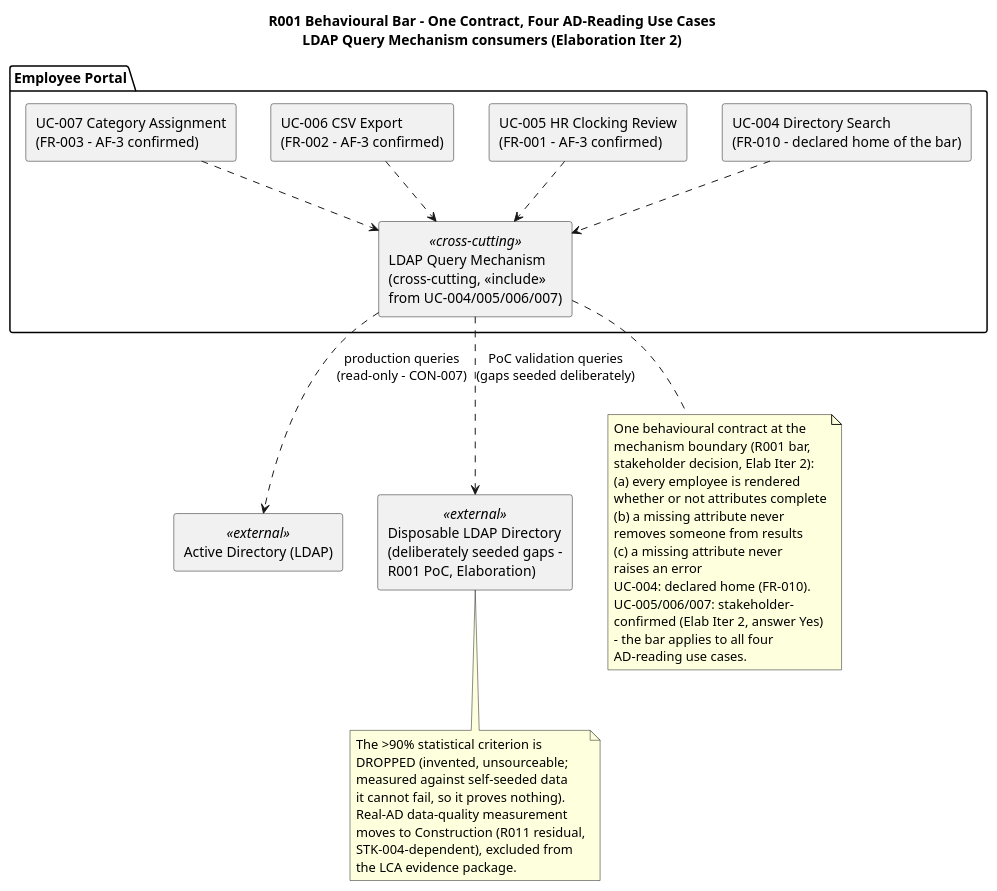
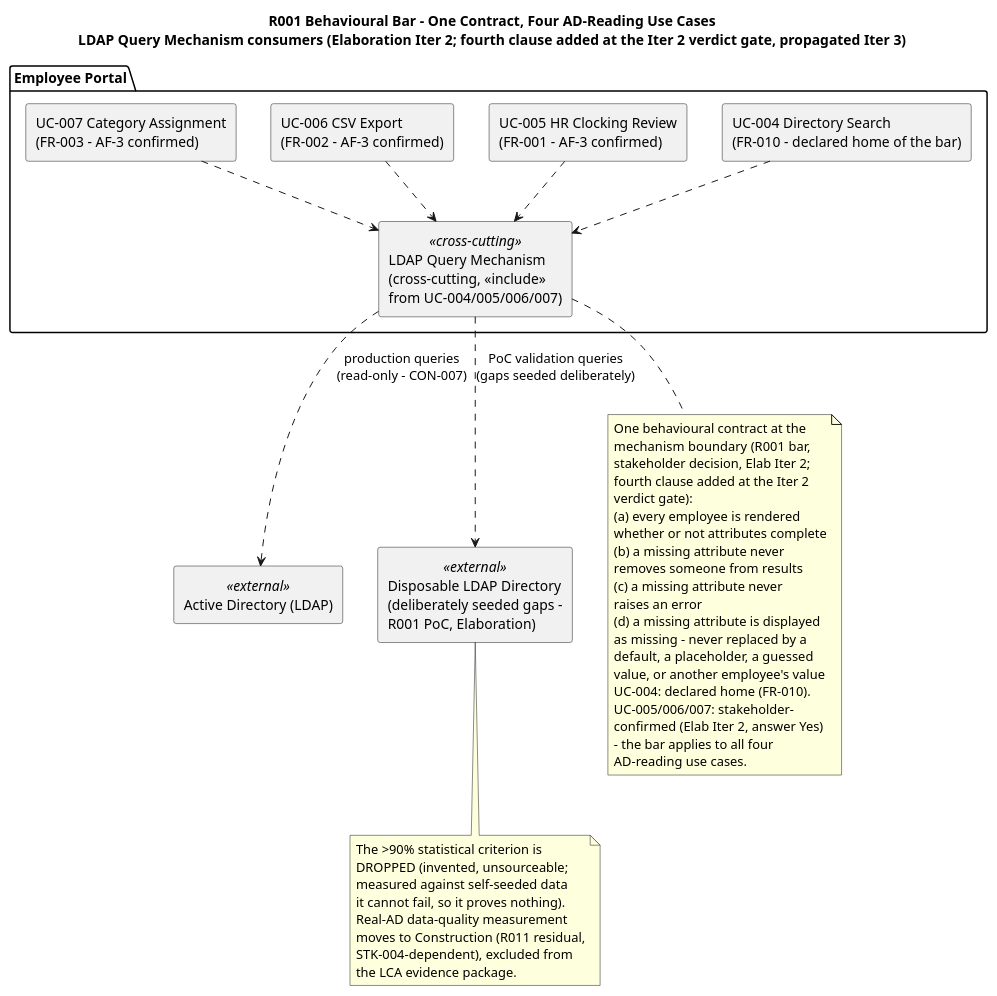
The first of 2 diagrams in docs/artifacts/requirements/supplementary-specification.md (banense-test/employee-portal), drawn with PlantUML before and after one commit. The commit also changed other lines of this file, not shown here.

Commit message:
System Analyst [E3]: upsert Supplementary Specification
[skip ci]

````diff
--- a/docs/artifacts/requirements/supplementary-specification.md
+++ b/docs/artifacts/requirements/supplementary-specification.md
@@ -107,55 +109,61 @@
 ```plantuml
 @startuml
 skinparam componentStyle rectangle
 skinparam fontSize 11
-title R001 Behavioural Bar - One Contract, Four AD-Reading Use Cases\nLDAP Query Mechanism consumers (Elaboration Iter 2)
+title R001 Behavioural Bar - One Contract, Four AD-Reading Use Cases\nLDAP Query Mechanism consumers (Elaboration Iter 2; fourth clause added at the Iter 2 verdict gate, propagated Iter 3)
 
 package "Employee Portal" {
   component "UC-004 Directory Search\n(FR-010 - declared home of the bar)" as UC004
   component "UC-005 HR Clocking Review\n(FR-001 - AF-3 confirmed)" as UC005
   component "UC-006 CSV Export\n(FR-002 - AF-3 confirmed)" as UC006
   component "UC-007 Category Assignment\n(FR-003 - AF-3 confirmed)" as UC007
 
   component "LDAP Query Mechanism\n(cross-cutting, <<include>>\nfrom UC-004/005/006/007)" as LDAP <<cross-cutting>>
 }
 
 component "Active Directory (LDAP)" as AD <<external>>
 component "Disposable LDAP Directory\n(deliberately seeded gaps -\nR001 PoC, Elaboration)" as DISPOSABLE <<external>>
 
 LDAP ..> AD : production queries\n(read-only - CON-007)
 LDAP ..> DISPOSABLE : PoC validation queries\n(gaps seeded deliberately)
 
 UC004 ..> LDAP
 UC005 ..> LDAP
 UC006 ..> LDAP
 UC007 ..> LDAP
 
 note bottom of LDAP
   One behavioural contract at the
   mechanism boundary (R001 bar,
-  stakeholder decision, Elab Iter 2):
+  stakeholder decision, Elab Iter 2;
+  fourth clause added at the Iter 2
+  verdict gate):
   (a) every employee is rendered
   whether or not attributes complete
   (b) a missing attribute never
   removes someone from results
   (c) a missing attribute never
   raises an error
+  (d) a missing attribute is displayed
+  as missing - never replaced by a
+  default, a placeholder, a guessed
+  value, or another employee's value
   UC-004: declared home (FR-010).
   UC-005/006/007: stakeholder-
   confirmed (Elab Iter 2, answer Yes)
   - the bar applies to all four
   AD-reading use cases.
 end note
 
 note bottom of DISPOSABLE
   The >90% statistical criterion is
   DROPPED (invented, unsourceable;
   measured against self-seeded data
   it cannot fail, so it proves nothing).
   Real-AD data-quality measurement
   moves to Construction (R011 residual,
   STK-004-dependent), excluded from
   the LCA evidence package.
 end note
 @enduml
 ```
````
